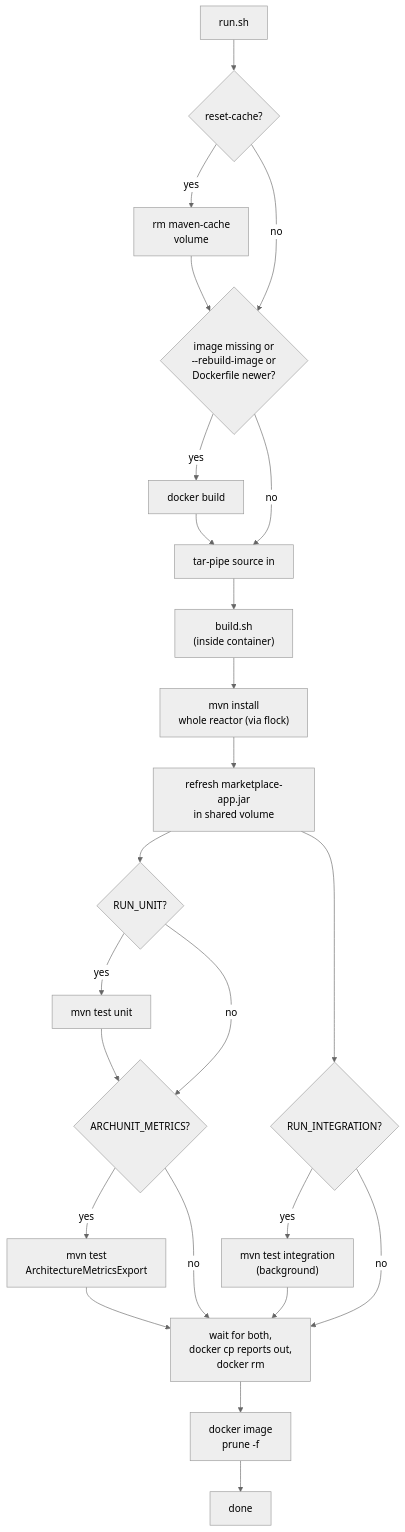
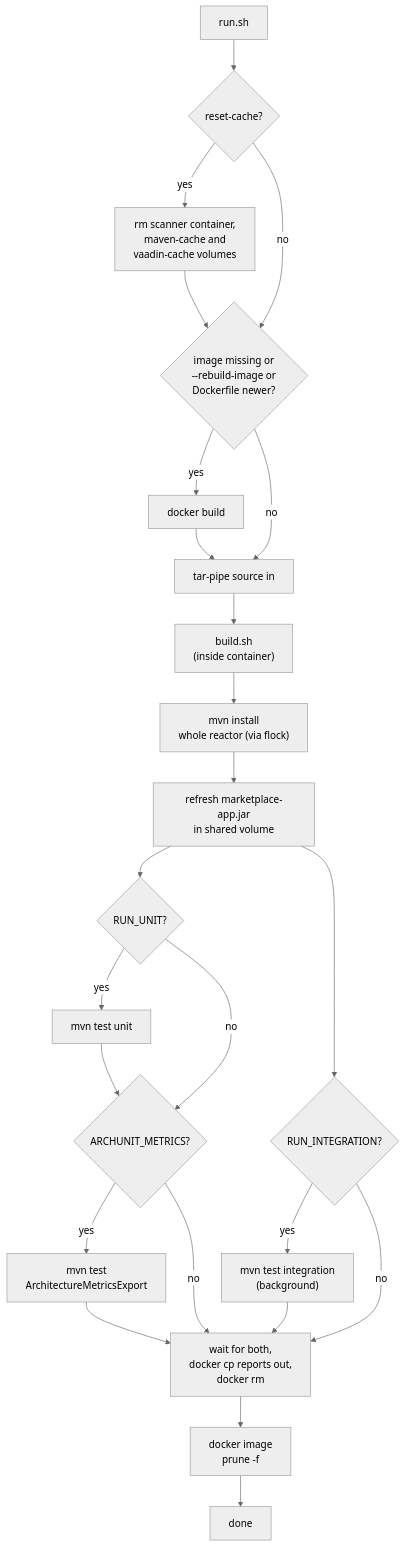
The diagram in scripts/build-and-test/README.md (OstMutant/Advertisement), drawn with Mermaid (neutral theme) before and after one commit. The commit also changed other lines of this file and 26 other files, not shown here.

````diff
--- a/scripts/build-and-test/README.md
+++ b/scripts/build-and-test/README.md
@@ -14,22 +14,22 @@
 ```mermaid
 flowchart TD
     R[run.sh]
     R --> B{"reset-cache?"}
-    B -->|yes| B1["rm maven-cache<br/>volume"] --> C
+    B -->|yes| B1["rm scanner container,<br/>maven-cache and<br/>vaadin-cache volumes"] --> C
     B -->|no| C{"image missing or<br/>--rebuild-image or<br/>Dockerfile newer?"}
     C -->|yes| C1[docker build] --> E
     C -->|no| E[tar-pipe source in]
     E --> F["build.sh<br/>(inside container)"]
     F --> G["mvn install<br/>whole reactor (via flock)"]
     G --> H["refresh marketplace-app.jar<br/>in shared volume"]
     H --> I{"RUN_UNIT?"}
     H --> J{"RUN_INTEGRATION?"}
     I -->|yes| I1["mvn test unit"] --> I2{"ARCHUNIT_METRICS?"}
     I -->|no| I2
     I2 -->|yes| I3["mvn test<br/>ArchitectureMetricsExport"] --> M
     I2 -->|no| M
     J -->|yes| J1["mvn test integration<br/>(background)"] --> M
     J -->|no| M
     M["wait for both,<br/>docker cp reports out,<br/>docker rm"] --> K["docker image<br/>prune -f"]
     K --> Z[done]
 ```
````
